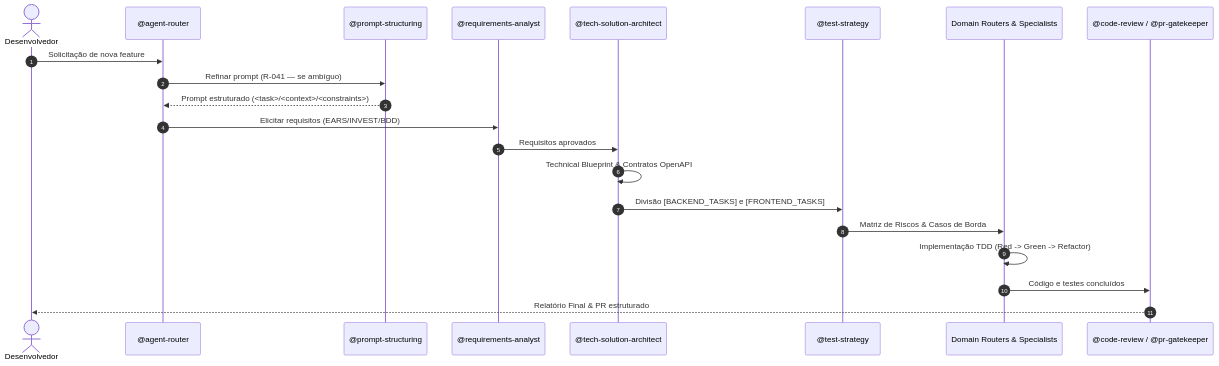
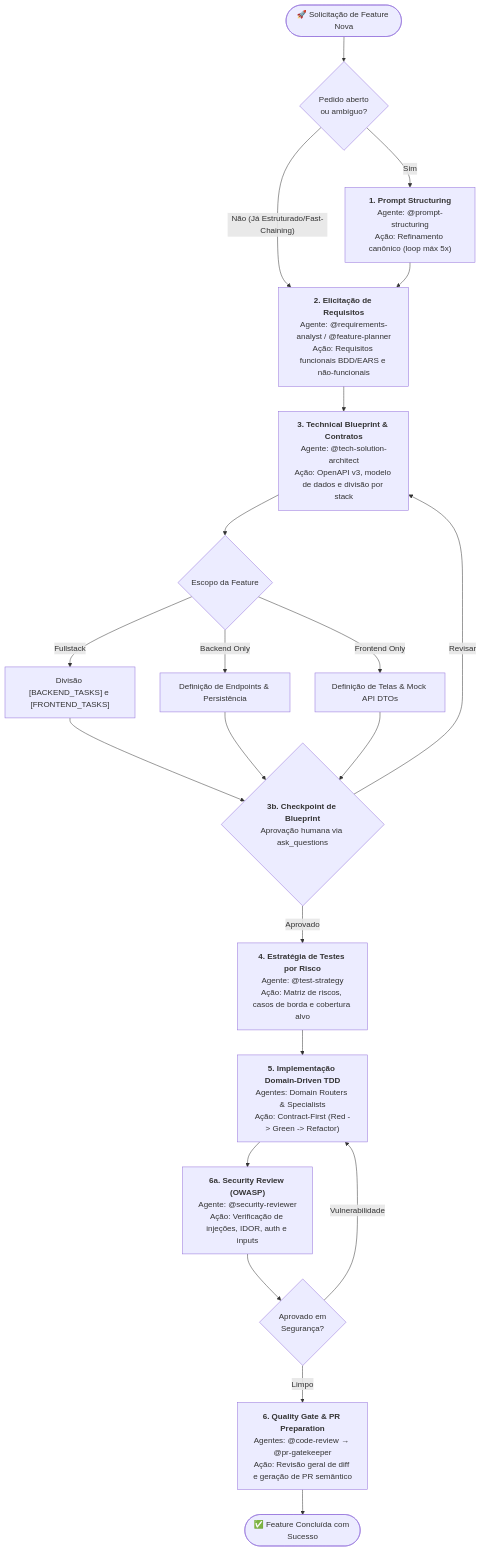
One commit to jezreel8858/deep-agents-copilot changed the fifth of 7 diagrams in .github/agents/workflows.md. Above: the diagram before and after it, drawn with Mermaid. The commit also changed other lines of this file and 2 other files, not shown here.

First line of the commit message:
feat(workflows): atualiza workflows com novos cenários e validações

````diff
--- a/.github/agents/workflows.md
+++ b/.github/agents/workflows.md
@@ -162,24 +269,30 @@
 ```mermaid
-sequenceDiagram
-    autonumber
-    actor User as Desenvolvedor
-    participant Router as @agent-router
-    participant Struct as @prompt-structuring
-    participant Req as @requirements-analyst
-    participant Arch as @tech-solution-architect
-    participant TestStrat as @test-strategy
-    participant Domain as Domain Routers & Specialists
-    participant Gate as @code-review / @pr-gatekeeper
+flowchart TD
+    Start(["🚀 Solicitação de Feature Nova"]) --> CheckAmbiguity{"Pedido aberto<br/>ou ambíguo?"}
 
-    User->>Router: Solicitação de nova feature
-    Router->>Struct: Refinar prompt (R-041 — se ambíguo)
-    Struct-->>Router: Prompt estruturado (<task>/<context>/<constraints>)
-    Router->>Req: Elicitar requisitos (EARS/INVEST/BDD)
-    Req->>Arch: Requisitos aprovados
-    Arch->>Arch: Technical Blueprint & Contratos OpenAPI
-    Arch->>TestStrat: Divisão [BACKEND_TASKS] e [FRONTEND_TASKS]
-    TestStrat->>Domain: Matriz de Riscos & Casos de Borda
-    Domain->>Domain: Implementação TDD (Red -> Green -> Refactor)
-    Domain->>Gate: Código e testes concluídos
-    Gate-->>User: Relatório Final & PR estruturado
+    CheckAmbiguity -- "Sim" --> Struct["<b>1. Prompt Structuring</b><br/>Agente: @prompt-structuring<br/>Ação: Refinamento canônico (loop máx 5x)"]
+    CheckAmbiguity -- "Não (Já Estruturado/Fast-Chaining)" --> Req
+    Struct --> Req["<b>2. Elicitação de Requisitos</b><br/>Agente: @requirements-analyst / @feature-planner<br/>Ação: Requisitos funcionais BDD/EARS e não-funcionais"]
+
+    Req --> Arch["<b>3. Technical Blueprint & Contratos</b><br/>Agente: @tech-solution-architect<br/>Ação: OpenAPI v3, modelo de dados e divisão por stack"]
+
+    Arch --> CheckScope{"Escopo da Feature"}
+    CheckScope -- "Fullstack" --> SplitFull["Divisão [BACKEND_TASKS] e [FRONTEND_TASKS]"]
+    CheckScope -- "Backend Only" --> SplitBack["Definição de Endpoints & Persistência"]
+    CheckScope -- "Frontend Only" --> SplitFront["Definição de Telas & Mock API DTOs"]
+
+    SplitFull & SplitBack & SplitFront --> BlueprintGate{"<b>3b. Checkpoint de Blueprint</b><br/>Aprovação humana via ask_questions"}
+
+    BlueprintGate -- "Revisar" --> Arch
+    BlueprintGate -- "Aprovado" --> TestStrat["<b>4. Estratégia de Testes por Risco</b><br/>Agente: @test-strategy<br/>Ação: Matriz de riscos, casos de borda e cobertura alvo"]
+
+    TestStrat --> TDD["<b>5. Implementação Domain-Driven TDD</b><br/>Agentes: Domain Routers & Specialists<br/>Ação: Contract-First (Red -> Green -> Refactor)"]
+
+    TDD --> SecReview["<b>6a. Security Review (OWASP)</b><br/>Agente: @security-reviewer<br/>Ação: Verificação de injeções, IDOR, auth e inputs"]
+
+    SecReview --> CheckSec{"Aprovado em<br/>Segurança?"}
+    CheckSec -- "Vulnerabilidade" --> TDD
+    CheckSec -- "Limpo" --> Gate["<b>6. Quality Gate & PR Preparation</b><br/>Agentes: @code-review → @pr-gatekeeper<br/>Ação: Revisão geral de diff e geração de PR semântico"]
+
+    Gate --> EndFeat(["✅ Feature Concluída com Sucesso"])
 ```
````
